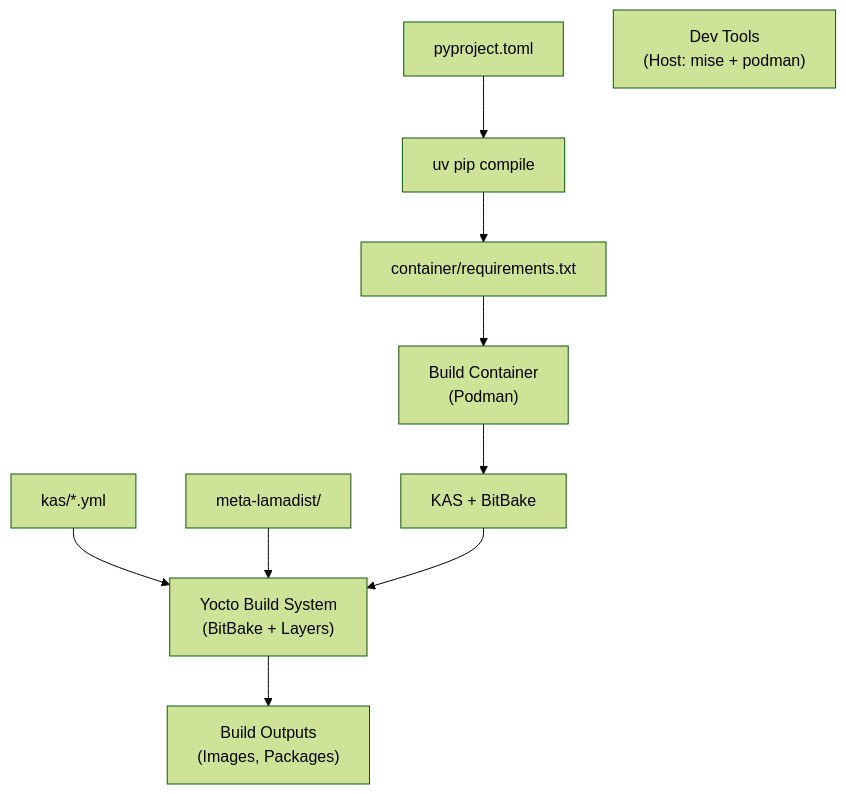
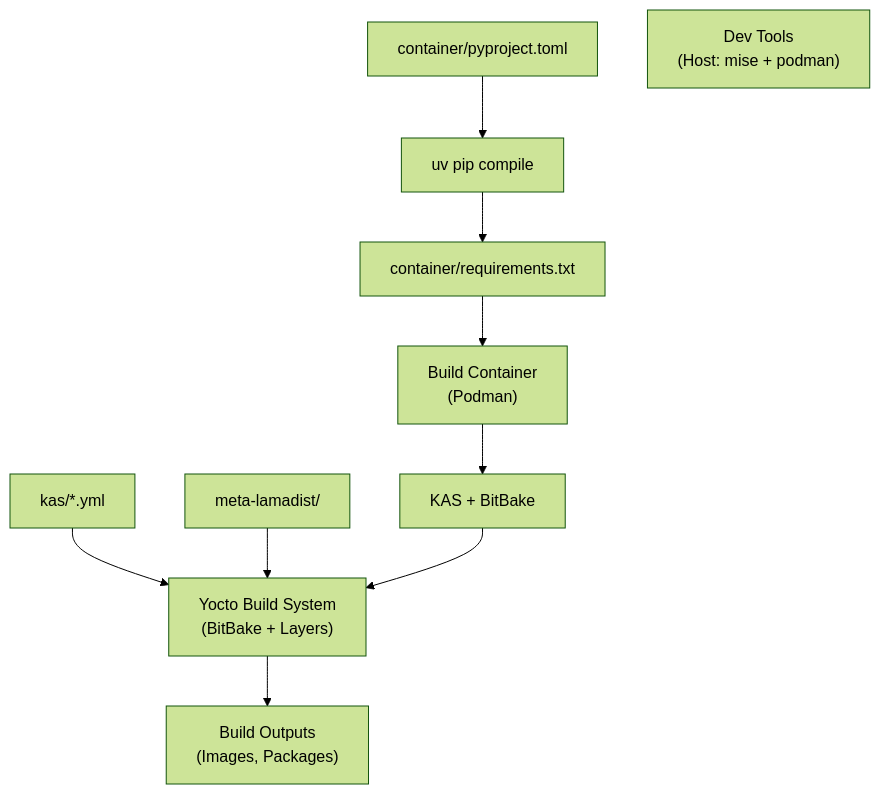
Before and after one commit to lamawithonel/lamadist: the third of 8 diagrams in docs/ARCHITECTURE.md, drawn with Mermaid (forest theme). The commit also changed 15 other files, not shown here.

First line of the commit message:
build(tooling): implement .mise.toml, pyproject.toml; remove Makefile, Pipfile

````diff
--- a/docs/ARCHITECTURE.md
+++ b/docs/ARCHITECTURE.md
@@ -361,12 +361,12 @@
 ```mermaid
 flowchart TD
-    pyproject["pyproject.toml"] --> uv["uv pip compile"]
+    pyproject["container/pyproject.toml"] --> uv["uv pip compile"]
     uv --> reqs["container/requirements.txt"]
     reqs --> container["Build Container\n(Podman)"]
     container --> kas_bb["KAS + BitBake"]
     devtools["Dev Tools\n(Host: mise + podman)"]
     kasfiles["kas/*.yml"] --> yocto["Yocto Build System\n(BitBake + Layers)"]
     metalamadist["meta-lamadist/"] --> yocto
     kas_bb --> yocto
     yocto --> outputs["Build Outputs\n(Images, Packages)"]
 ```
````
